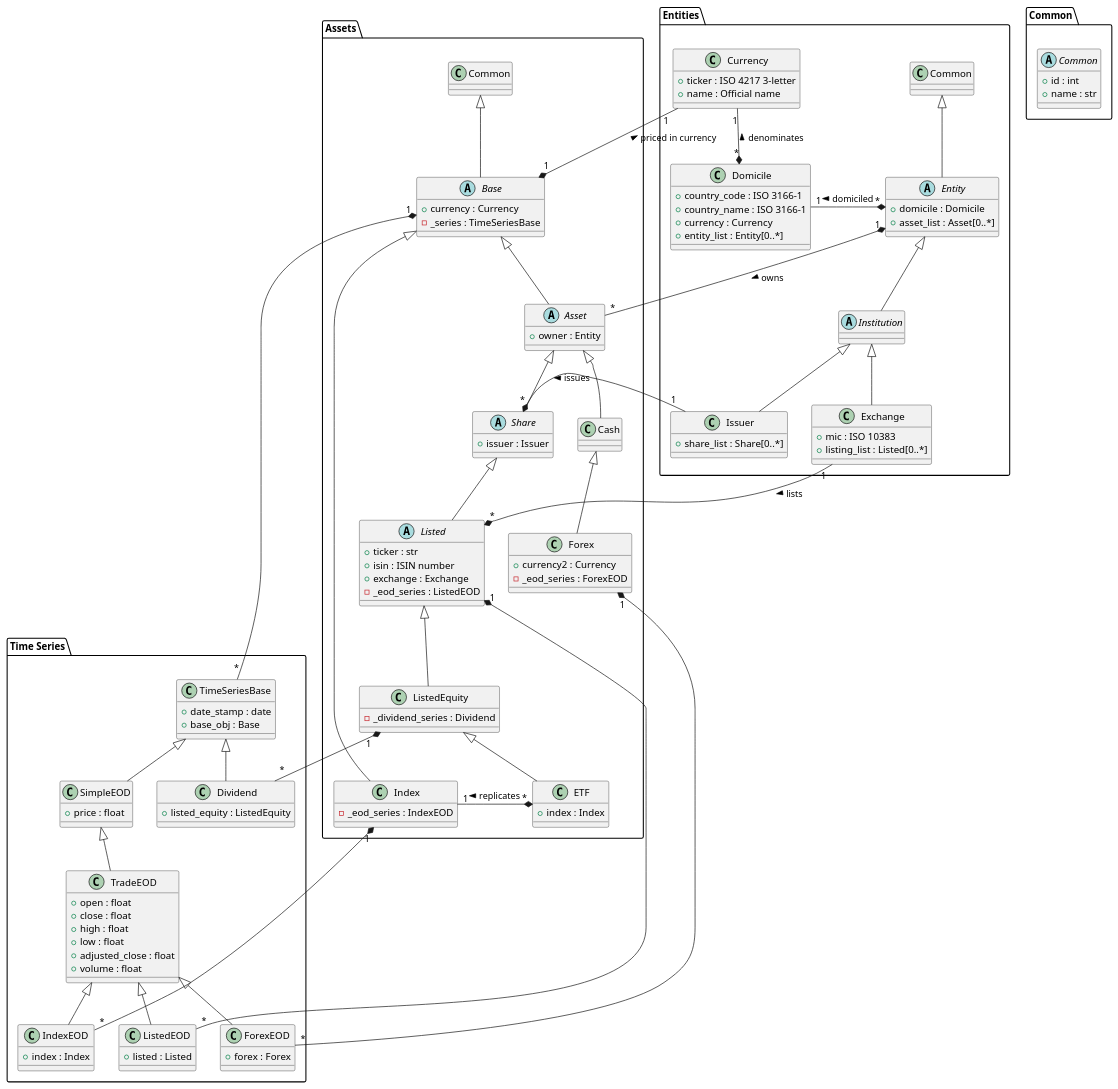
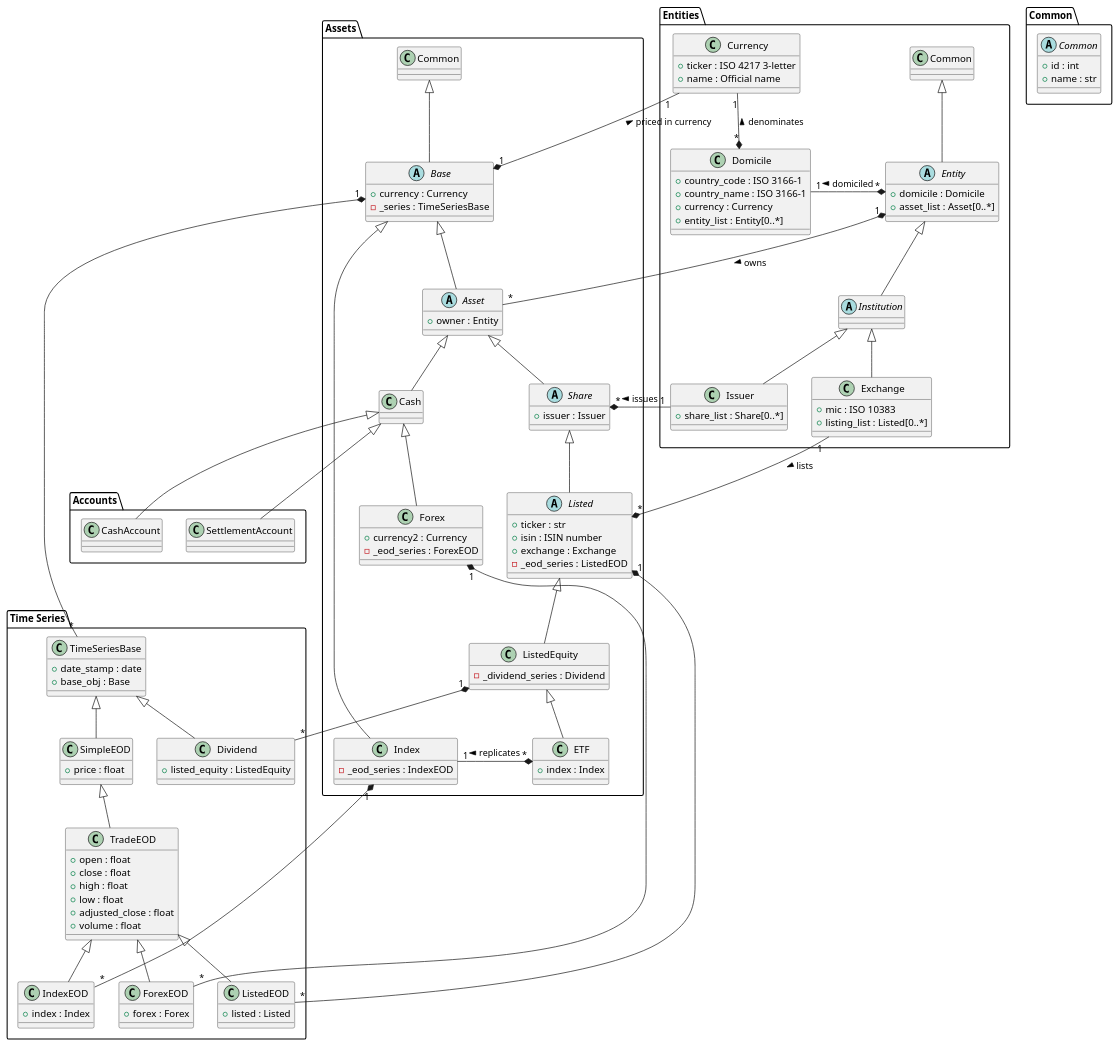
One commit to justinsolms/asset_base changed the diagram in asset_base.wsd. Above: the diagram before and after it, drawn with PlantUML. The commit also changed 1 other file, not shown here.

Commit message:
Add  module to take care of cash accounts at Finworks

```diff
--- a/asset_base.wsd
+++ b/asset_base.wsd
@@ -1,184 +1,195 @@
 @startuml asset_base
 
 top to bottom direction
 
 'skinparam handwritten true
 
 ' Class definitions
 
 package "Common" {
 
     abstract       Common {
         +id : int
         +name : str
     }
 
 }
 
 package "Entities" {
 
     class       Domicile {
         +country_code : ISO 3166-1
         +country_name : ISO 3166-1
         +currency : Currency
         +entity_list : Entity[0..*]
     }
 
     class       Currency {
         +ticker : ISO 4217 3-letter
         +name : Official name
     }
 
     abstract    Entity {
         +domicile : Domicile
         +asset_list : Asset[0..*]
     }
 
     abstract    Institution
 
     class       Issuer {
         +share_list : Share[0..*]
     }
 
     class       Exchange {
         +mic : ISO 10383
         +listing_list : Listed[0..*]
     }
 
     ' Common inheritance
     Common <|-- Entity
 
     ' Domicile and Currency
     Currency "1" --* "*" Domicile : < denominates
     Domicile "1" -r-* "*" Entity : < domiciled
 
     ' Entities
     Entity <|-- Institution
     Institution <|-- Exchange
     Institution <|-- Issuer
 
 }
 
 package "Assets" {
 
     abstract    Base {
         +currency : Currency
         -_series : TimeSeriesBase
     }
 
     abstract    Asset {
         +owner : Entity
     }
 
     class       Cash {
     }
 
     class       Forex {
         +currency2 : Currency
         -_eod_series : ForexEOD
     }
 
     class Index {
         -_eod_series : IndexEOD
     }
 
     abstract    Share {
         +issuer : Issuer
     }
 
     abstract    Listed {
         +ticker : str
         +isin : ISIN number
         +exchange : Exchange
         -_eod_series : ListedEOD
     }
 
     class       ListedEquity {
         -_dividend_series : Dividend
     }
 
     class       ETF {
         +index : Index
     }
 
     ' Common inheritance
     Common <|-- Base
 
     ' Assets
     Base <|-- Asset
     Asset <|-- Share
     Asset <|-- Cash
     Cash <|-- Forex
     Base <|-- Index
     Share <|-- Listed
     Listed <|-- ListedEquity
     ListedEquity <|-- ETF
 
 }
 
+package "Accounts" {
+
+    class CashAccount
+
+    class SettlementAccount
+
+    Assets.Cash <|-- CashAccount
+    Assets.Cash <|-- SettlementAccount
+
+}
+
 package "Time Series" {
 
     class TimeSeriesBase {
         +date_stamp : date
         +base_obj : Base
     }
 
     class Dividend {
         +listed_equity : ListedEquity
     }
 
     class SimpleEOD {
         +price : float
     }
 
     class TradeEOD {
         +open : float
         +close : float
         +high : float
         +low : float
         +adjusted_close : float
         +volume : float
 
     }
 
     class ForexEOD {
         +forex : Forex
     }
 
     class IndexEOD {
         +index : Index
     }
 
     class ListedEOD {
         +listed : Listed
     }
 
     ' Time Series
     TimeSeriesBase <|-- SimpleEOD
     SimpleEOD <|-- TradeEOD
     TradeEOD <|-- ListedEOD
     TradeEOD <|-- ForexEOD
     TradeEOD <|-- IndexEOD
     TimeSeriesBase <|-- Dividend
 
 }
 
 ' Pricing
 Currency "1" --* "1" Base : < priced in currency
 
 ' Entities to Assets relationships
 Entity "1" *-- "*" Asset : > owns
 Issuer "1" -l-* "*" Share : > issues
 Exchange "1" -l-* "*" Listed : > lists
 
 ' Asset to Asset relationships
 ETF "*" *-r- "1" Index : > replicates
 
 ' Asset to Time Series relationships
 Base "1" *-- "*" TimeSeriesBase
 Listed "1" *-- "*" ListedEOD
 Forex "1" *-- "*" ForexEOD
 Index "1" *-- "*" IndexEOD
 ListedEquity "1" *-- "*" Dividend
 
 @enduml
```
